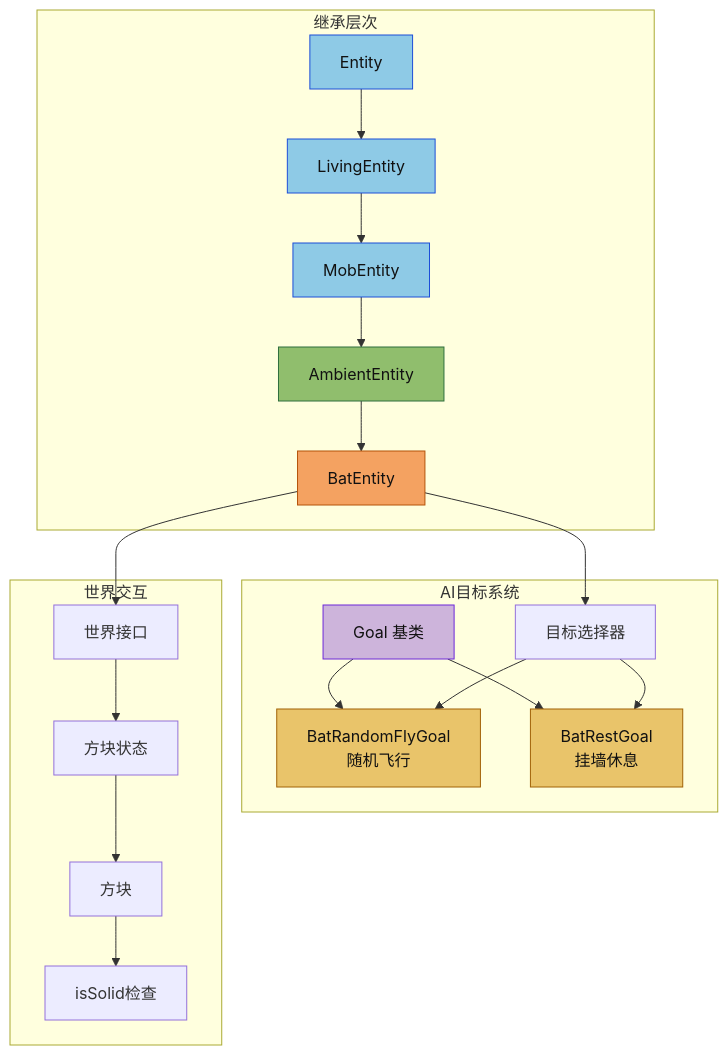
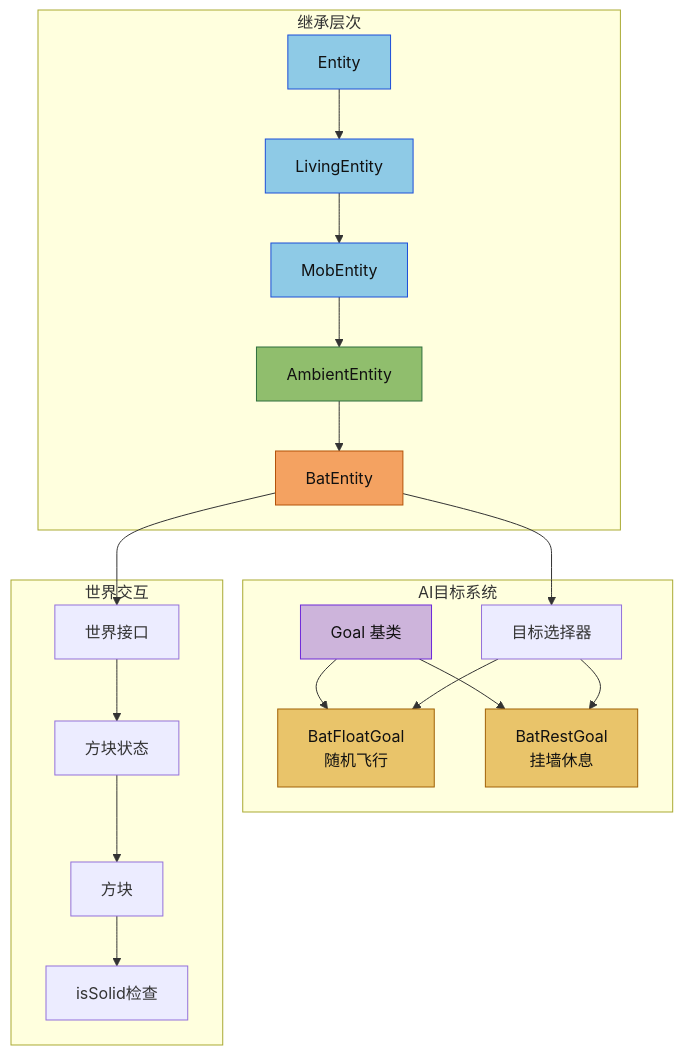
Before and after one commit to g122622/Cubium: the diagram in src/common/entity/entities/passive/ambient/README.md, drawn with Mermaid. The commit also changed other lines of this file and 8 other files, not shown here.

First line of the commit message:
feat(entity): 蝙蝠休息/受击/声音对齐 vanilla，飞行目标更名 BatFloatGoal

````diff
--- a/src/common/entity/entities/passive/ambient/README.md
+++ b/src/common/entity/entities/passive/ambient/README.md
@@ -18,33 +18,33 @@
 ```mermaid
 flowchart TD
     subgraph 继承层次
         Entity[Entity] --> LivingEntity[LivingEntity]
         LivingEntity --> MobEntity[MobEntity]
         MobEntity --> AmbientEntity[AmbientEntity]
         AmbientEntity --> BatEntity[BatEntity]
     end
 
     subgraph AI目标系统
-        Goal[Goal 基类] --> BatRandomFlyGoal[BatRandomFlyGoal<br/>随机飞行]
+        Goal[Goal 基类] --> BatFloatGoal[BatFloatGoal<br/>随机飞行]
         Goal --> BatRestGoal[BatRestGoal<br/>挂墙休息]
         BatEntity --> GoalSelector[目标选择器]
-        GoalSelector --> BatRandomFlyGoal
+        GoalSelector --> BatFloatGoal
         GoalSelector --> BatRestGoal
     end
 
     subgraph 世界交互
         BatEntity --> IWorld[世界接口]
         IWorld --> BlockState[方块状态]
         BlockState --> Block[方块]
         Block --> isSolid[isSolid检查]
     end
 
     style Entity fill:#8ecae6,stroke:#1d4ed8,color:#111
     style LivingEntity fill:#8ecae6,stroke:#1d4ed8,color:#111
     style MobEntity fill:#8ecae6,stroke:#1d4ed8,color:#111
     style AmbientEntity fill:#90be6d,stroke:#2f6f3e,color:#111
     style BatEntity fill:#f4a261,stroke:#b45309,color:#111
     style Goal fill:#cdb4db,stroke:#6d28d9,color:#111
-    style BatRandomFlyGoal fill:#e9c46a,stroke:#a16207,color:#111
+    style BatFloatGoal fill:#e9c46a,stroke:#a16207,color:#111
     style BatRestGoal fill:#e9c46a,stroke:#a16207,color:#111
 ```
````
